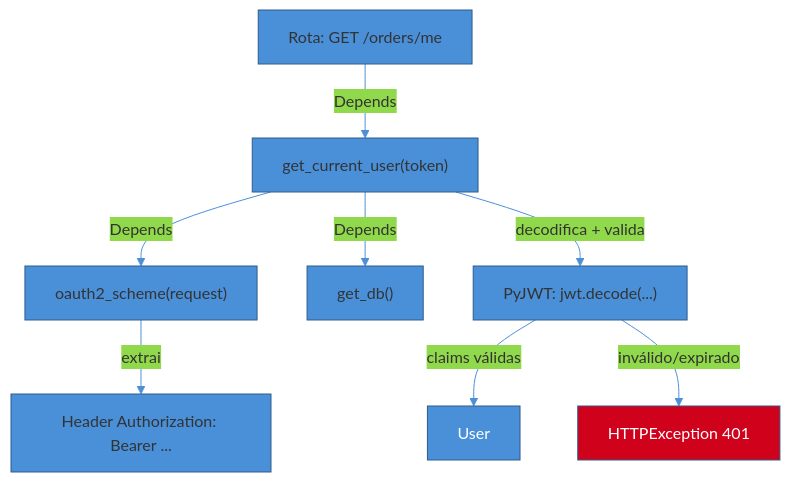
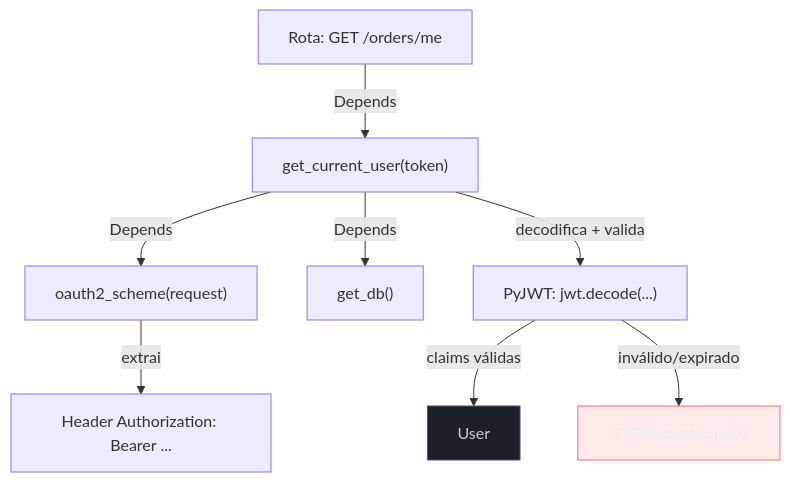
One commit to josenaldo/codex-technomanticus changed the first of 4 diagrams in 03-Dominios/Engenharia/Auth e Identidade/4 - Auth nos stacks/03 - Python — FastAPI.md. Above: the diagram before and after it, drawn with Mermaid. The commit also changed other lines of this file and 1181 other files, not shown here.

First line of the commit message:
fix(diagramas): paleta do sistema no lugar de cor cravada no markdown

````diff
--- a/03-Dominios/Engenharia/Auth e Identidade/4 - Auth nos stacks/03 - Python — FastAPI.md
+++ b/03-Dominios/Engenharia/Auth e Identidade/4 - Auth nos stacks/03 - Python — FastAPI.md
@@ -52,14 +52,15 @@
 ```mermaid
-%%{init: {"theme": "base", "themeVariables": {"primaryColor": "#4A90D9", "primaryBorderColor": "#2E5C8A", "lineColor": "#4A90D9"}}}%%
 graph TD
+    classDef falha fill:#FF6B6B24,stroke:#FF6B6B,color:#E9ECF2
+    classDef neutro fill:#1B2029,stroke:#4E5666,color:#C6CCD8
     R["Rota: GET /orders/me"] -->|"Depends"| CU["get_current_user(token)"]
     CU -->|"Depends"| OS["oauth2_scheme(request)"]
     OS -->|"extrai"| H["Header Authorization: Bearer ..."]
     CU -->|"Depends"| DB["get_db()"]
     CU -->|"decodifica + valida"| JWT["PyJWT: jwt.decode(...)"]
     JWT -->|"claims válidas"| U["User"]
     JWT -->|"inválido/expirado"| ERR["HTTPException 401"]
 
-    style ERR fill:#D0021B,color:#fff
-    style U fill:#4A90D9,color:#fff
+    class ERR falha
+    class U neutro
 ```
````
